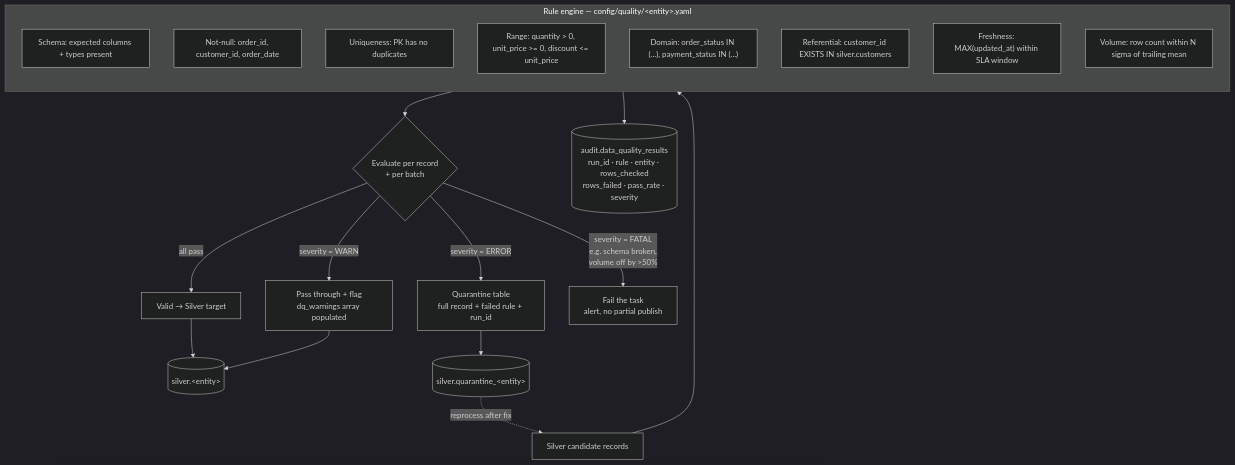
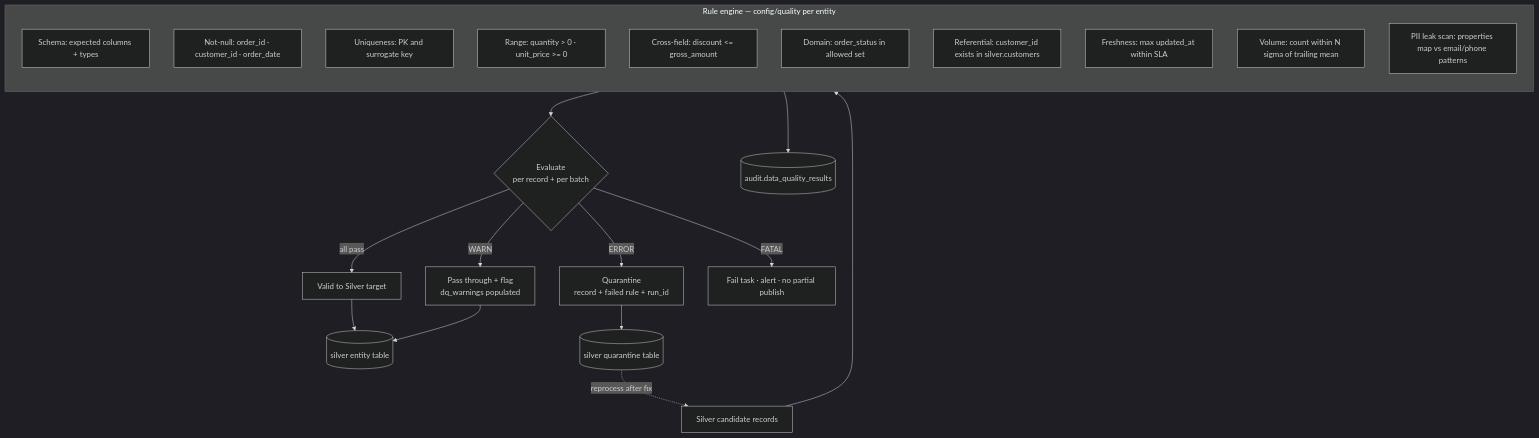
The fifth of 7 diagrams in docs/ARCHITECTURE.md (Sohailtanveer1/enterprise-lakehouse-on-databricks), drawn with Mermaid (dark theme) before and after one commit. The commit also changed other lines of this file and 5 other files, not shown here.

````diff
--- a/docs/ARCHITECTURE.md
+++ b/docs/ARCHITECTURE.md
@@ -267,30 +338,30 @@
 ```mermaid
 flowchart TB
     IN["Silver candidate records"] --> RULES
 
-    subgraph RULES["Rule engine — config/quality/&lt;entity&gt;.yaml"]
+    subgraph RULES["Rule engine — config/quality per entity"]
         direction TB
-        R1["Schema: expected columns + types present"]
-        R2["Not-null: order_id, customer_id, order_date"]
-        R3["Uniqueness: PK has no duplicates"]
-        R4["Range: quantity &gt; 0, unit_price &gt;= 0, discount &lt;= unit_price"]
-        R5["Domain: order_status IN (...), payment_status IN (...)"]
-        R6["Referential: customer_id EXISTS IN silver.customers"]
-        R7["Freshness: MAX(updated_at) within SLA window"]
-        R8["Volume: row count within N sigma of trailing mean"]
+        R1["Schema: expected columns + types"]
+        R2["Not-null: order_id · customer_id · order_date"]
+        R3["Uniqueness: PK and surrogate key"]
+        R4["Range: quantity &gt; 0 · unit_price &gt;= 0"]
+        R5["Cross-field: discount &lt;= gross_amount"]
+        R6["Domain: order_status in allowed set"]
+        R7["Referential: customer_id exists in silver.customers"]
+        R8["Freshness: max updated_at within SLA"]
+        R9["Volume: count within N sigma of trailing mean"]
+        R10["PII leak scan: properties map vs email/phone patterns"]
     end
 
-    RULES --> EVAL{"Evaluate per record<br/>+ per batch"}
+    RULES --> EVAL{"Evaluate<br/>per record + per batch"}
+    EVAL -->|"all pass"| VALID["Valid to Silver target"]
+    EVAL -->|"WARN"| WARNP["Pass through + flag<br/>dq_warnings populated"]
+    EVAL -->|"ERROR"| QUAR["Quarantine<br/>record + failed rule + run_id"]
+    EVAL -->|"FATAL"| ABORT["Fail task · alert · no partial publish"]
 
-    EVAL -->|"all pass"| VALID["Valid → Silver target"]
-    EVAL -->|"severity = WARN"| WARNP["Pass through + flag<br/>dq_warnings array populated"]
-    EVAL -->|"severity = ERROR"| QUAR["Quarantine table<br/>full record + failed rule + run_id"]
-    EVAL -->|"severity = FATAL<br/>e.g. schema broken,<br/>volume off by &gt;50%"| ABORT["Fail the task<br/>alert, no partial publish"]
-
-    VALID --> TGT[("silver.&lt;entity&gt;")]
+    VALID --> TGT[("silver entity table")]
     WARNP --> TGT
-    QUAR --> QT[("silver.quarantine_&lt;entity&gt;")]
-
-    RULES --> RESULTS[("audit.data_quality_results<br/>run_id · rule · entity · rows_checked<br/>rows_failed · pass_rate · severity")]
+    QUAR --> QT[("silver quarantine table")]
+    RULES --> RESULTS[("audit.data_quality_results")]
     QT -.->|"reprocess after fix"| IN
 ```
````
